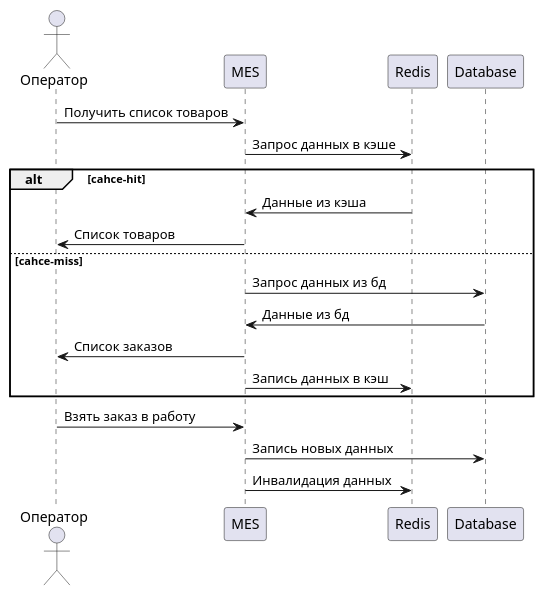
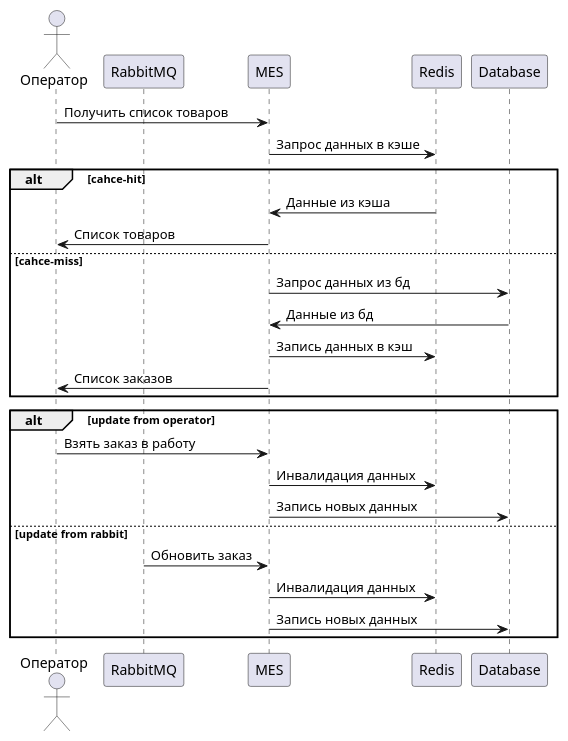
One commit to AlexandraPolozenko/architecture-sprint-4 changed the diagram in Exc5/cache.puml. Above: the diagram before and after it, drawn with PlantUML.

```diff
--- a/Exc5/cache.puml
+++ b/Exc5/cache.puml
@@ -1,25 +1,32 @@
 @startuml
 actor Оператор
+participant RabbitMQ
 participant MES
 participant Redis
 participant Database
 
 Оператор -> MES: Получить список товаров
 MES -> Redis: Запрос данных в кэше
 alt cahce-hit
     Redis -> MES: Данные из кэша
     MES -> Оператор: Список товаров
 else cahce-miss
     MES -> Database: Запрос данных из бд
     Database -> MES: Данные из бд
+        MES -> Redis: Запись данных в кэш
     MES -> Оператор: Список заказов
-    MES -> Redis: Запись данных в кэш
 end
 
 
+alt update from operator
+    Оператор -> MES: Взять заказ в работу
+    MES -> Redis: Инвалидация данных
+    MES -> Database: Запись новых данных
 
-Оператор -> MES: Взять заказ в работу
-MES -> Database: Запись новых данных
-MES -> Redis: Инвалидация данных
+else update from rabbit
+    RabbitMQ -> MES: Обновить заказ
+    MES -> Redis: Инвалидация данных
+    MES -> Database: Запись новых данных
+end
 
 @enduml
```
